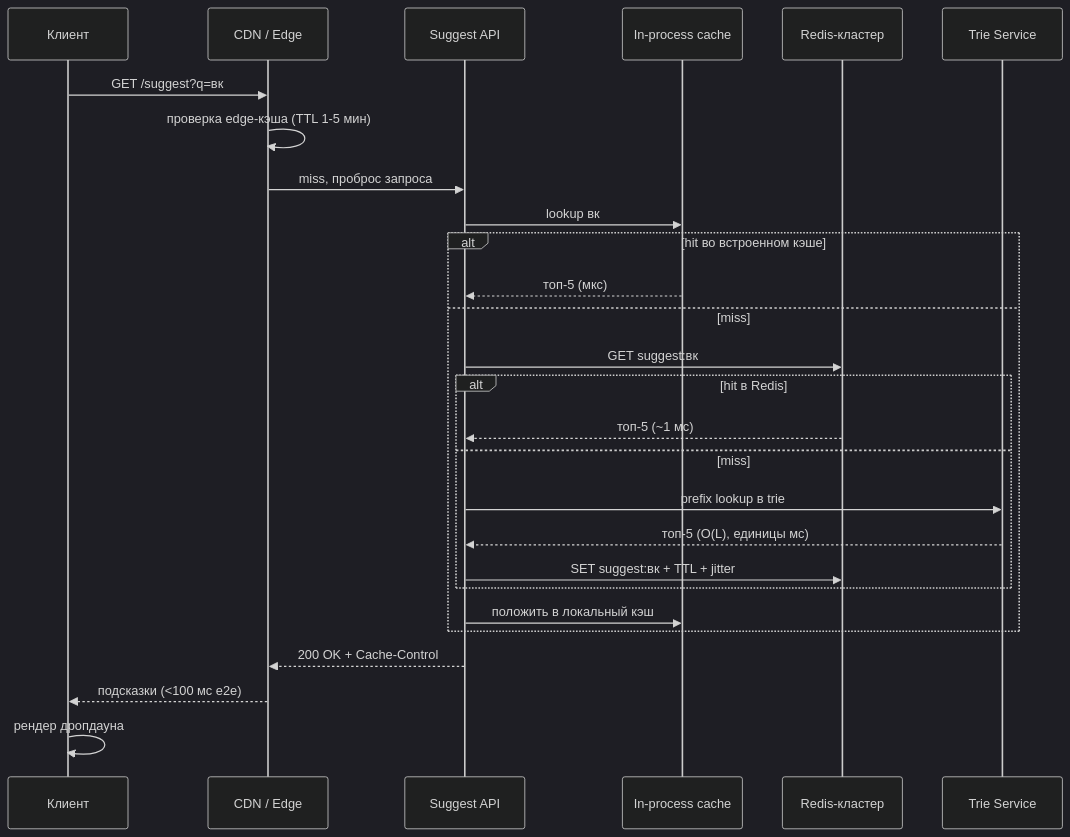
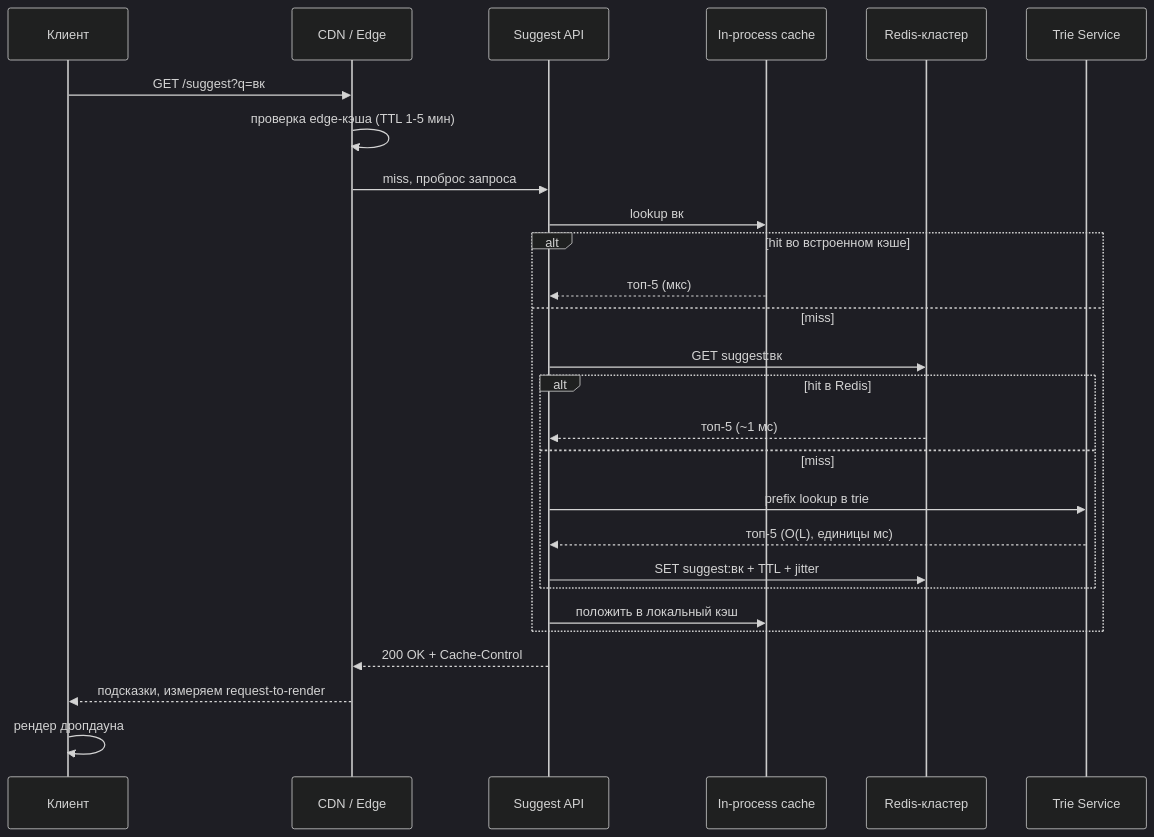
One commit to AlohaJava/system-design-interview-chamkin changed the fourth of 4 diagrams in 02-case-studies/search-autocomplete.md. Above: the diagram before and after it, drawn with Mermaid (dark theme). The commit also changed other lines of this file and 49 other files, not shown here.

````diff
--- a/02-case-studies/search-autocomplete.md
+++ b/02-case-studies/search-autocomplete.md
@@ -283,30 +253,30 @@
 ```mermaid
 sequenceDiagram
     participant C as Клиент
     participant CDN as CDN / Edge
     participant G as Suggest API
     participant M as In-process cache
     participant R as Redis-кластер
     participant T as Trie Service
 
     C->>CDN: GET /suggest?q=вк
     CDN->>CDN: проверка edge-кэша (TTL 1-5 мин)
     CDN->>G: miss, проброс запроса
     G->>M: lookup вк
     alt hit во встроенном кэше
         M-->>G: топ-5 (мкс)
     else miss
         G->>R: GET suggest:вк
         alt hit в Redis
             R-->>G: топ-5 (~1 мс)
         else miss
             G->>T: prefix lookup в trie
             T-->>G: топ-5 (O(L), единицы мс)
             G->>R: SET suggest:вк + TTL + jitter
         end
         G->>M: положить в локальный кэш
     end
     G-->>CDN: 200 OK + Cache-Control
-    CDN-->>C: подсказки (<100 мс e2e)
+    CDN-->>C: подсказки, измеряем request-to-render
     C->>C: рендер дропдауна
 ```
````
